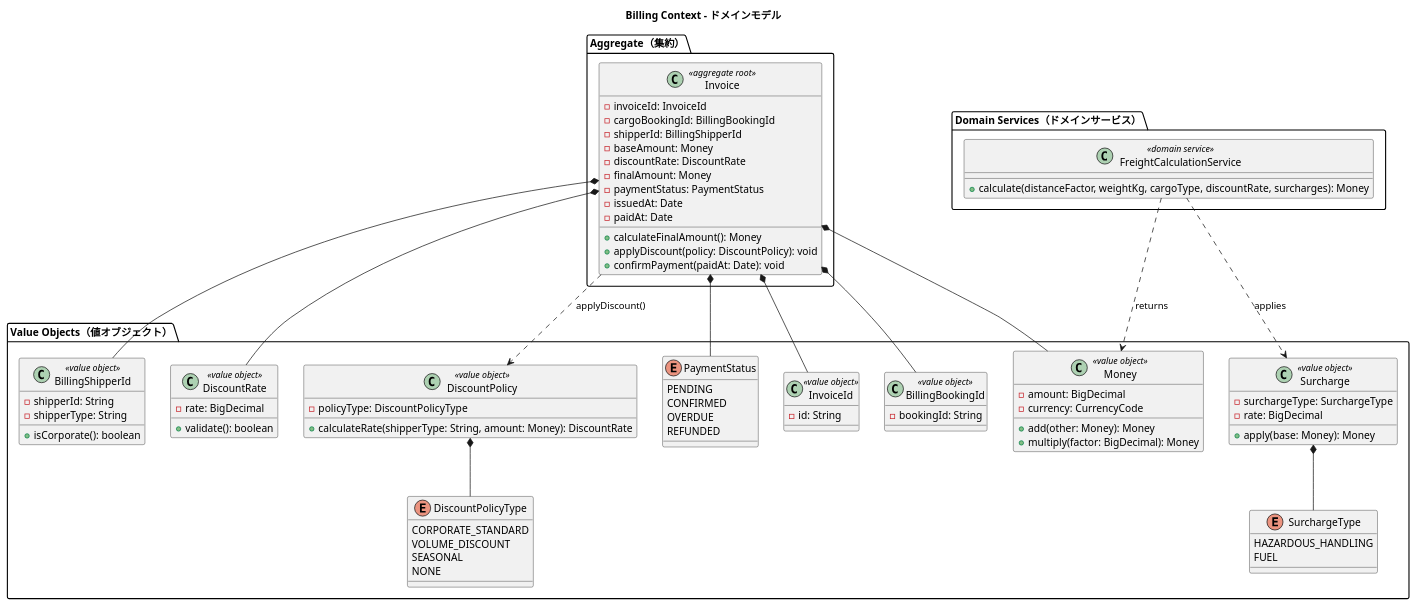
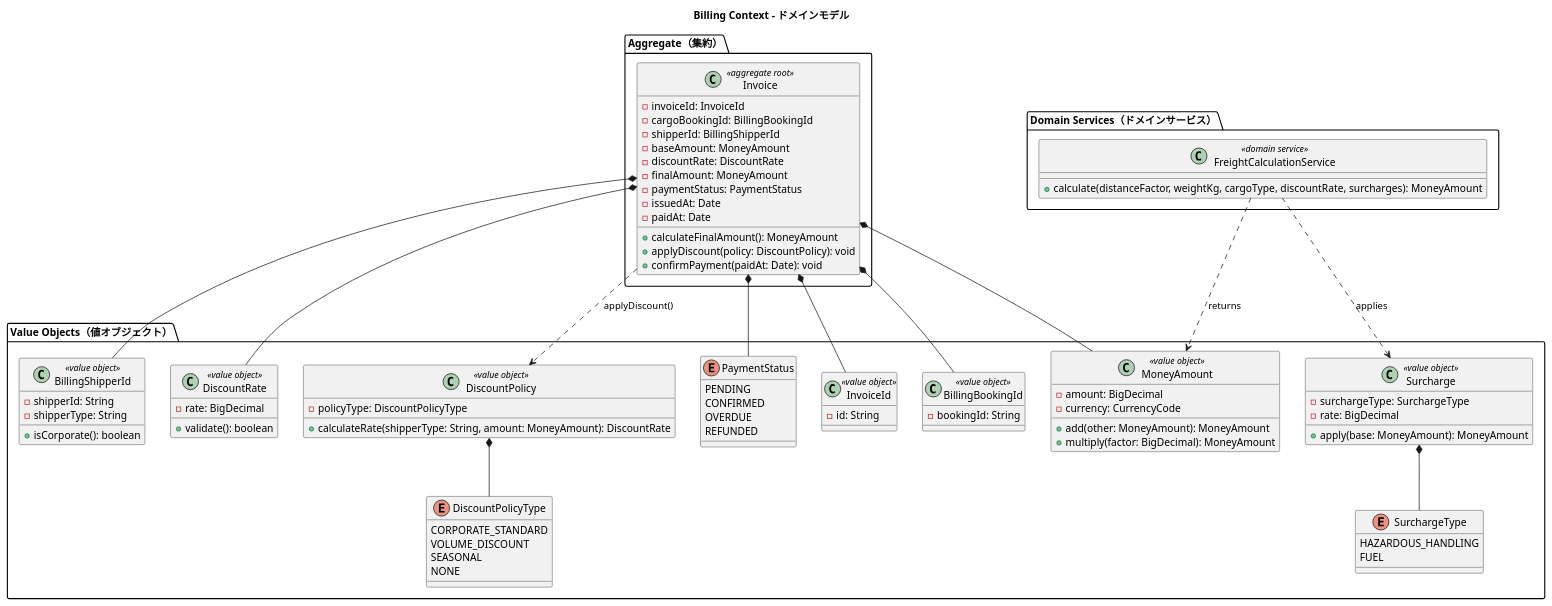
One commit to k2works/case-study-cargo-tracker changed the eighth of 12 diagrams in docs/design/domain-model.md. Above: the diagram before and after it, drawn with PlantUML. The commit also changed other lines of this file and 2 other files, not shown here.

Commit message:
docs(design): IT7 実装を設計ドキュメントへ反映（命名統一・イベント・BC 実装状況）
- 金額 VO を Money→MoneyAmount に統一（domain-model・architecture_backend・
  設計反映 IT7 項目1）
- invoice_created/invoice_settled を IT7 実装済みへ（荷主通知・SETTLED 同期）
- packs の実装状況コメントを更新（routing/tracking/handling/billing/estimation
  すべて実装済み）
- ADR-0004 決定4 を確定（Routing 一時候補→Estimation ACL 変換・永続化の役割分担）

````diff
--- a/docs/design/domain-model.md
+++ b/docs/design/domain-model.md
@@ -1095,13 +1095,13 @@
     -invoiceId: InvoiceId
     -cargoBookingId: BillingBookingId
     -shipperId: BillingShipperId
-    -baseAmount: Money
+    -baseAmount: MoneyAmount
     -discountRate: DiscountRate
-    -finalAmount: Money
+    -finalAmount: MoneyAmount
     -paymentStatus: PaymentStatus
     -issuedAt: Date
     -paidAt: Date
-    +calculateFinalAmount(): Money
+    +calculateFinalAmount(): MoneyAmount
     +applyDiscount(policy: DiscountPolicy): void
     +confirmPayment(paidAt: Date): void
   }
@@ -1119,11 +1119,11 @@
     -shipperType: String
     +isCorporate(): boolean
   }
-  class Money <<value object>> {
+  class MoneyAmount <<value object>> {
     -amount: BigDecimal
     -currency: CurrencyCode
-    +add(other: Money): Money
-    +multiply(factor: BigDecimal): Money
+    +add(other: MoneyAmount): MoneyAmount
+    +multiply(factor: BigDecimal): MoneyAmount
   }
   class DiscountRate <<value object>> {
     -rate: BigDecimal
@@ -1131,12 +1131,12 @@
   }
   class DiscountPolicy <<value object>> {
     -policyType: DiscountPolicyType
-    +calculateRate(shipperType: String, amount: Money): DiscountRate
+    +calculateRate(shipperType: String, amount: MoneyAmount): DiscountRate
   }
   class Surcharge <<value object>> {
     -surchargeType: SurchargeType
     -rate: BigDecimal
-    +apply(base: Money): Money
+    +apply(base: MoneyAmount): MoneyAmount
   }
   enum SurchargeType {
     HAZARDOUS_HANDLING
@@ -1158,21 +1158,21 @@
 
 package "Domain Services（ドメインサービス）" {
   class FreightCalculationService <<domain service>> {
-    +calculate(distanceFactor, weightKg, cargoType, discountRate, surcharges): Money
+    +calculate(distanceFactor, weightKg, cargoType, discountRate, surcharges): MoneyAmount
   }
 }
 
 Invoice *-- InvoiceId
 Invoice *-- BillingBookingId
 Invoice *-- BillingShipperId
-Invoice *-- Money
+Invoice *-- MoneyAmount
 Invoice *-- DiscountRate
 Invoice *-- PaymentStatus
 Invoice ..> DiscountPolicy : applyDiscount()
 DiscountPolicy *-- DiscountPolicyType
 Surcharge *-- SurchargeType
 FreightCalculationService ..> Surcharge : applies
-FreightCalculationService ..> Money : returns
+FreightCalculationService ..> MoneyAmount : returns
 
 @enduml
 ```
````
